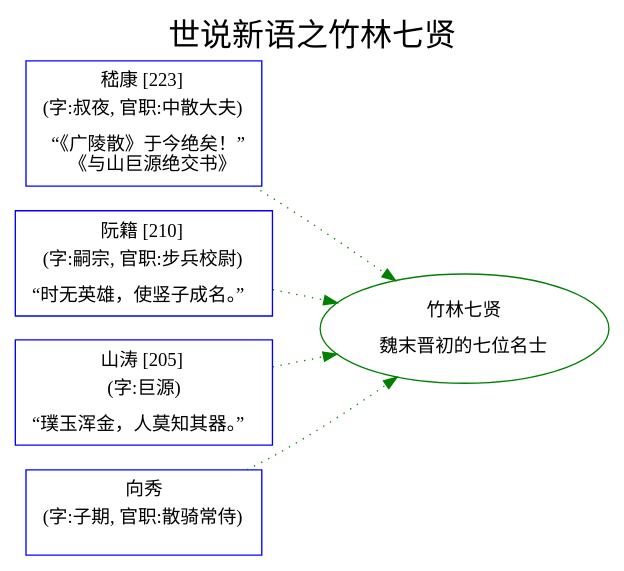
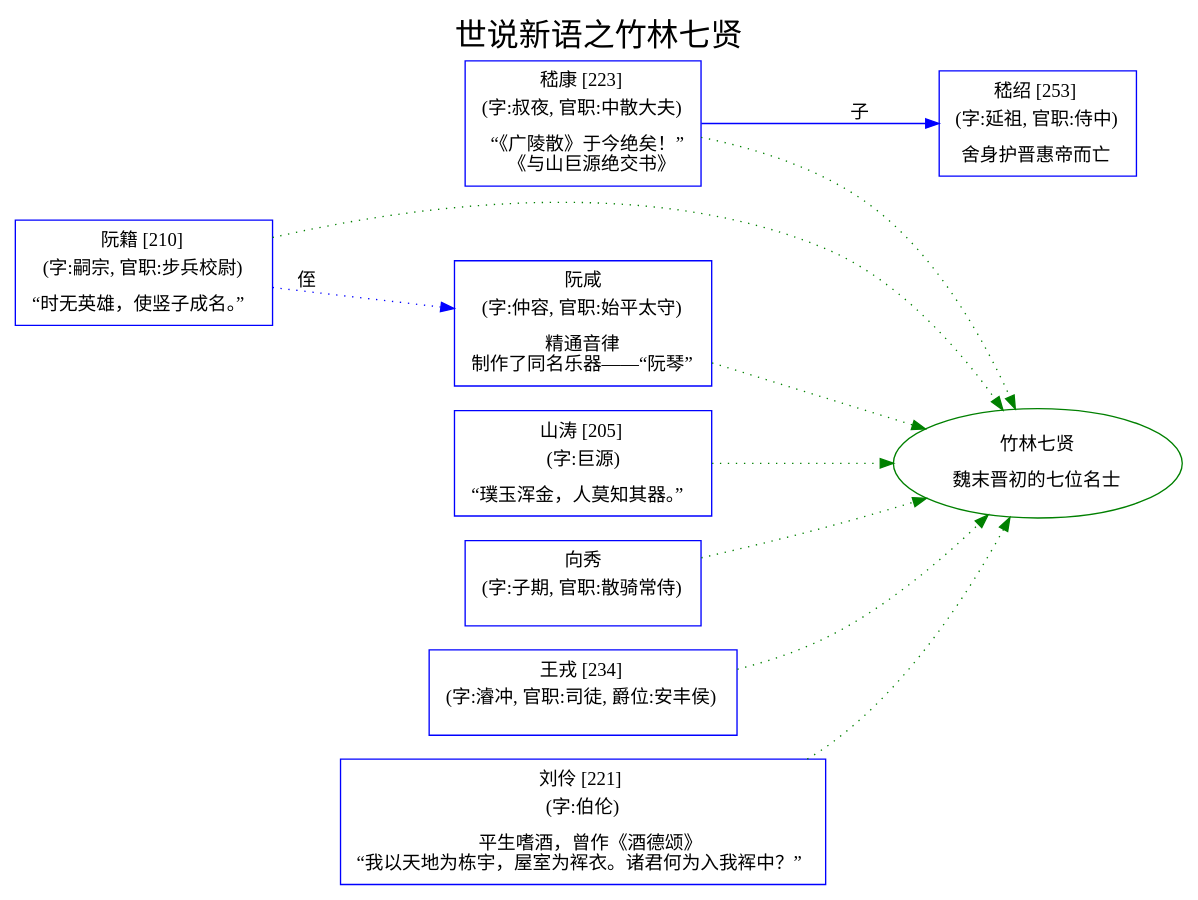
Before and after one commit to Aidan-Huang/ssxy: the diagram in download/dot/02-世说新语之竹林七贤.dot, drawn with Graphviz. The commit also changed 12 other files, not shown here.

```diff
--- a/download/dot/02-世说新语之竹林七贤.dot
+++ b/download/dot/02-世说新语之竹林七贤.dot
@@ -1,27 +1,36 @@
 
 digraph 世说新语之竹林七贤
 {
 	rankdir = "LR";
 	ranksep = 0.5;
 	label = "世说新语之竹林七贤";
 	labelloc = "t";
 	fontsize = "24";
 	fontname = "SimHei";
 
 	graph [style="filled", color="lightgrey"];
 	node [fontname="SimSun"];
 	edge [fontname="SimSun"];
 
 	嵇康 [shape="box", color="blue", label=<<table border="0" cellborder="0"><tr><td>嵇康 [223]</td></tr><tr><td>(字:叔夜, 官职:中散大夫)</td></tr><tr><td></td></tr><tr><td>“《广陵散》于今绝矣！”<br/>《与山巨源绝交书》<br/></td></tr></table>>];
+	嵇绍 [shape="box", color="blue", label=<<table border="0" cellborder="0"><tr><td>嵇绍 [253]</td></tr><tr><td>(字:延祖, 官职:侍中)</td></tr><tr><td></td></tr><tr><td>舍身护晋惠帝而亡<br/></td></tr></table>>];
 	竹林七贤 [shape="ellipse", color="green", label=<<table border="0" cellborder="0"><tr><td>竹林七贤</td></tr><tr><td></td></tr><tr><td>魏末晋初的七位名士<br/></td></tr></table>>];
 	阮籍 [shape="box", color="blue", label=<<table border="0" cellborder="0"><tr><td>阮籍 [210]</td></tr><tr><td>(字:嗣宗, 官职:步兵校尉)</td></tr><tr><td></td></tr><tr><td>“时无英雄，使竖子成名。”<br/></td></tr></table>>];
 	山涛 [shape="box", color="blue", label=<<table border="0" cellborder="0"><tr><td>山涛 [205]</td></tr><tr><td>(字:巨源)</td></tr><tr><td></td></tr><tr><td>“璞玉浑金，人莫知其器。”<br/></td></tr></table>>];
 	向秀 [shape="box", color="blue", label=<<table border="0" cellborder="0"><tr><td>向秀</td></tr><tr><td>(字:子期, 官职:散骑常侍)</td></tr><tr><td></td></tr><tr><td></td></tr></table>>];
+	王戎 [shape="box", color="blue", label=<<table border="0" cellborder="0"><tr><td>王戎 [234]</td></tr><tr><td>(字:濬冲, 官职:司徒, 爵位:安丰侯)</td></tr><tr><td></td></tr><tr><td></td></tr></table>>];
+	刘伶 [shape="box", color="blue", label=<<table border="0" cellborder="0"><tr><td>刘伶 [221]</td></tr><tr><td>(字:伯伦)</td></tr><tr><td></td></tr><tr><td>平生嗜酒，曾作《酒德颂》<br/>“我以天地为栋宇，屋室为裈衣。诸君何为入我裈中？”<br/></td></tr></table>>];
+	阮咸 [shape="box", color="blue", label=<<table border="0" cellborder="0"><tr><td>阮咸</td></tr><tr><td>(字:仲容, 官职:始平太守)</td></tr><tr><td></td></tr><tr><td>精通音律<br/>制作了同名乐器——“阮琴”<br/></td></tr></table>>];
 
+	阮籍 -> 阮咸 [label="侄", style=dotted, color="blue"];
+	嵇康 -> 嵇绍 [label="子", style=solid, color="blue"];
 	嵇康 -> 竹林七贤 [label="", style=dotted, color="green"];
 	阮籍 -> 竹林七贤 [label="", style=dotted, color="green"];
 	山涛 -> 竹林七贤 [label="", style=dotted, color="green"];
 	向秀 -> 竹林七贤 [label="", style=dotted, color="green"];
+	王戎 -> 竹林七贤 [label="", style=dotted, color="green"];
+	刘伶 -> 竹林七贤 [label="", style=dotted, color="green"];
+	阮咸 -> 竹林七贤 [label="", style=dotted, color="green"];
 
 
 }
```
